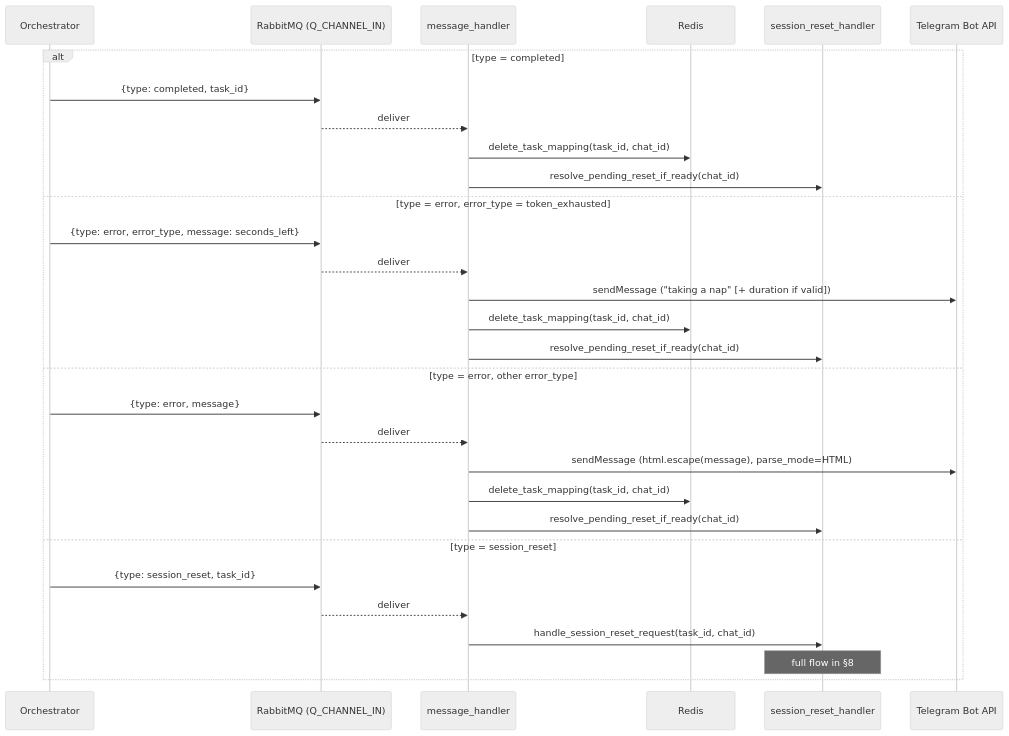
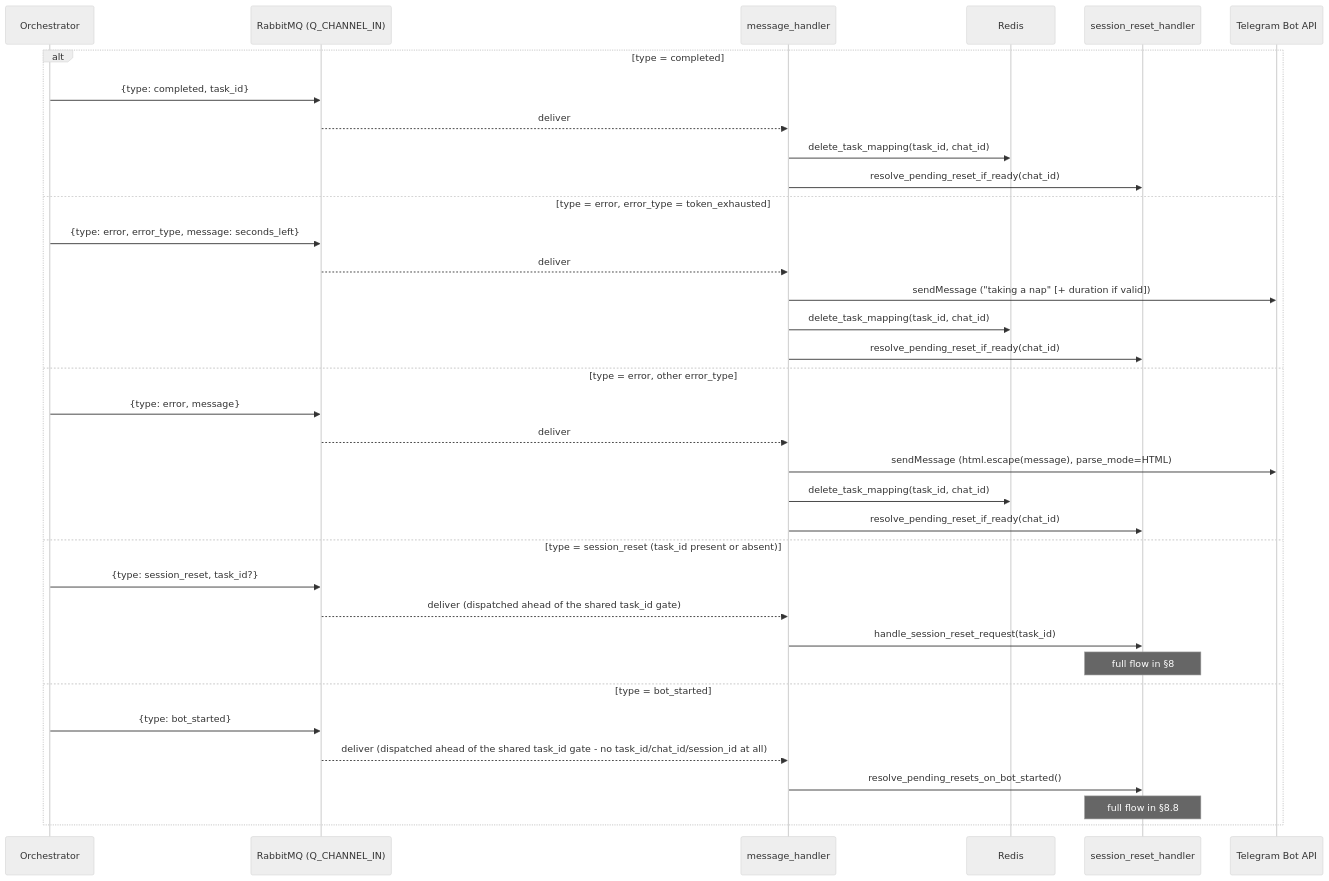
Before and after one commit to SorinoSSK/server-ai-chatbot-setup: diagram 15 of 38 in telegram_gateway/CODE_SEQUENCE_DIAGRAM.md, drawn with Mermaid (neutral theme). The commit also changed other lines of this file and 8 other files, not shown here.

````diff
--- a/telegram_gateway/CODE_SEQUENCE_DIAGRAM.md
+++ b/telegram_gateway/CODE_SEQUENCE_DIAGRAM.md
@@ -483,33 +483,38 @@
 ```mermaid
 sequenceDiagram
     participant Orchestrator
     participant MQ as RabbitMQ (Q_CHANNEL_IN)
     participant Handler as message_handler
     participant Redis
     participant Session as session_reset_handler
     participant TG as Telegram Bot API
 
     alt type = completed
         Orchestrator->>MQ: {type: completed, task_id}
         MQ-->>Handler: deliver
         Handler->>Redis: delete_task_mapping(task_id, chat_id)
         Handler->>Session: resolve_pending_reset_if_ready(chat_id)
     else type = error, error_type = token_exhausted
         Orchestrator->>MQ: {type: error, error_type, message: seconds_left}
         MQ-->>Handler: deliver
         Handler->>TG: sendMessage ("taking a nap" [+ duration if valid])
         Handler->>Redis: delete_task_mapping(task_id, chat_id)
         Handler->>Session: resolve_pending_reset_if_ready(chat_id)
     else type = error, other error_type
         Orchestrator->>MQ: {type: error, message}
         MQ-->>Handler: deliver
         Handler->>TG: sendMessage (html.escape(message), parse_mode=HTML)
         Handler->>Redis: delete_task_mapping(task_id, chat_id)
         Handler->>Session: resolve_pending_reset_if_ready(chat_id)
-    else type = session_reset
-        Orchestrator->>MQ: {type: session_reset, task_id}
-        MQ-->>Handler: deliver
-        Handler->>Session: handle_session_reset_request(task_id, chat_id)
+    else type = session_reset (task_id present or absent)
+        Orchestrator->>MQ: {type: session_reset, task_id?}
+        MQ-->>Handler: deliver (dispatched ahead of the shared task_id gate)
+        Handler->>Session: handle_session_reset_request(task_id)
         Note over Session: full flow in §8
+    else type = bot_started
+        Orchestrator->>MQ: {type: bot_started}
+        MQ-->>Handler: deliver (dispatched ahead of the shared task_id gate - no task_id/chat_id/session_id at all)
+        Handler->>Session: resolve_pending_resets_on_bot_started()
+        Note over Session: full flow in §8.8
     end
 ```
````
